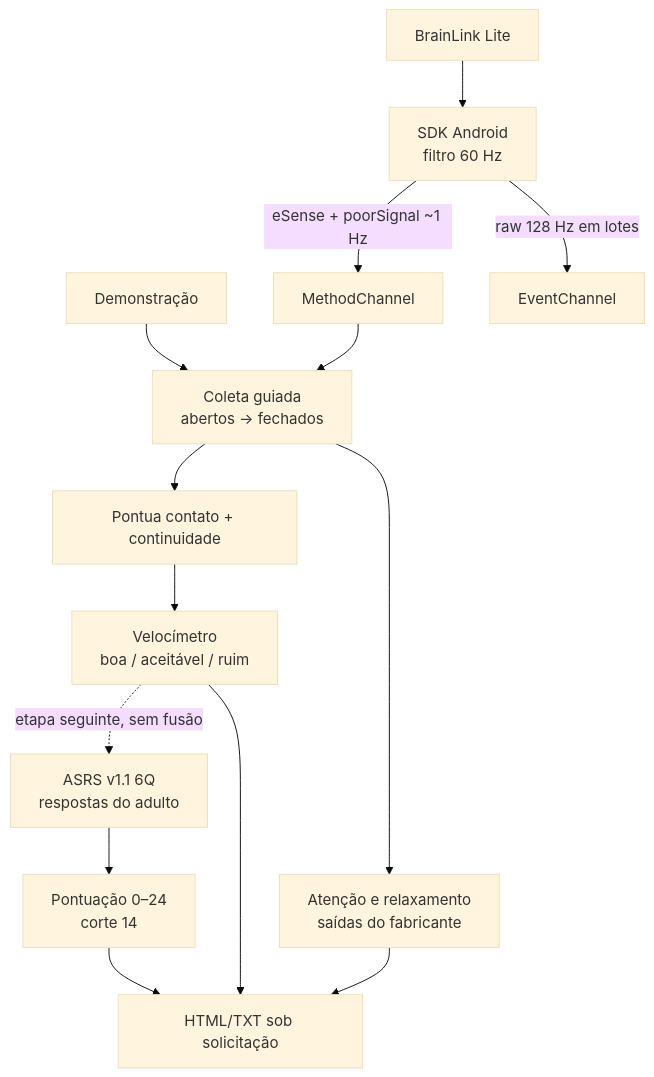
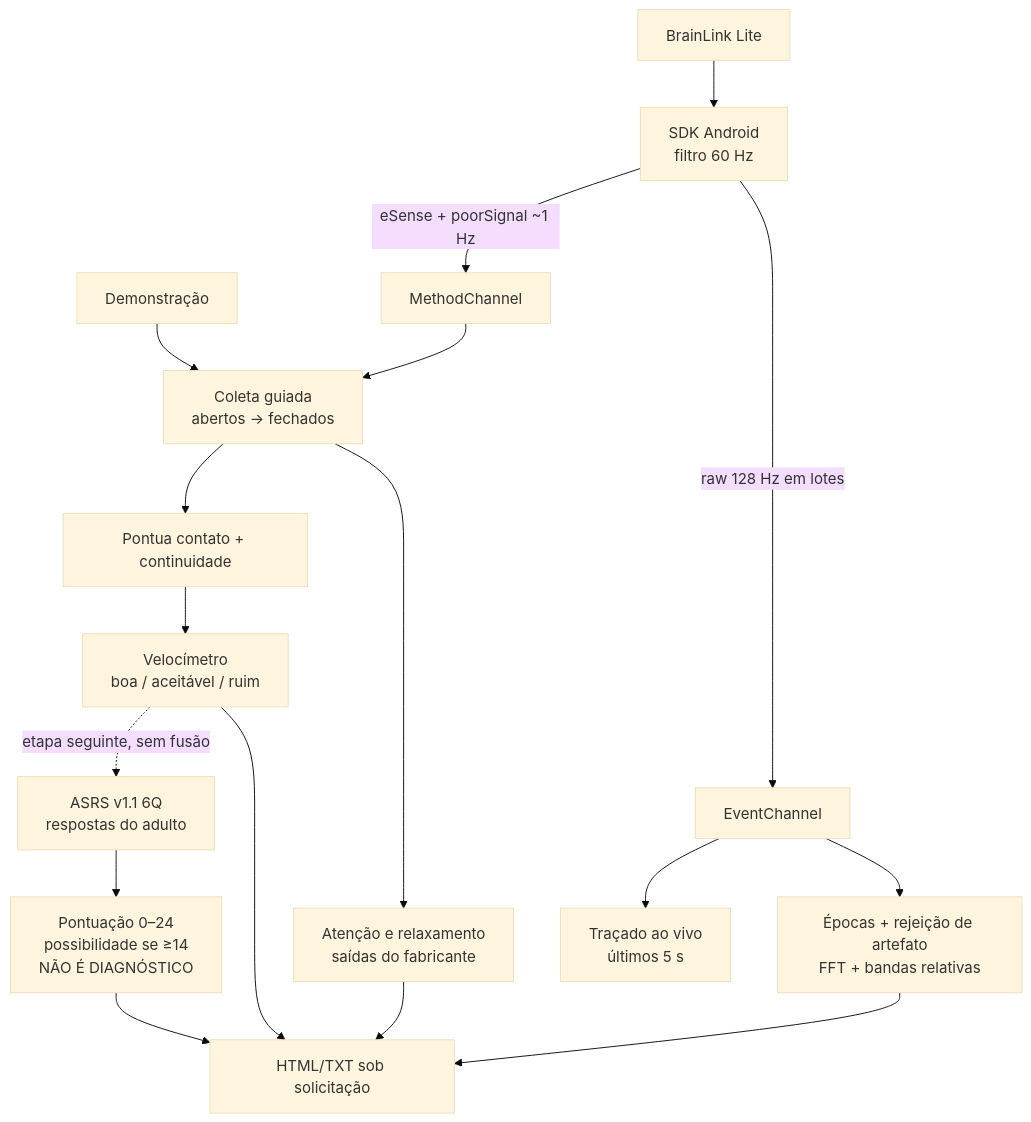
Before and after one commit to gustavoobezerra/App_Brainlink: the diagram in vault/40-projeto/fluxo-de-dados.md, drawn with Mermaid (base theme). The commit also changed other lines of this file and 20 other files, not shown here.

````diff
--- a/vault/40-projeto/fluxo-de-dados.md
+++ b/vault/40-projeto/fluxo-de-dados.md
@@ -10,16 +10,19 @@
 ```mermaid
 flowchart TD
     A["Demonstração"] --> E["Coleta guiada<br/>abertos → fechados"]
     B["BrainLink Lite"] --> C["SDK Android<br/>filtro 60 Hz"]
     C -->|"eSense + poorSignal ~1 Hz"| D["MethodChannel"]
     C -->|"raw 128 Hz em lotes"| R["EventChannel"]
     D --> E
+    R --> W["Traçado ao vivo<br/>últimos 5 s"]
+    R --> X["Épocas + rejeição de artefato<br/>FFT + bandas relativas"]
     E --> F["Pontua contato + continuidade"]
     F --> G["Velocímetro<br/>boa / aceitável / ruim"]
     E --> H["Atenção e relaxamento<br/>saídas do fabricante"]
     G -. "etapa seguinte, sem fusão" .-> Q["ASRS v1.1 6Q<br/>respostas do adulto"]
-    Q --> S["Pontuação 0–24<br/>corte 14"]
+    Q --> S["Pontuação 0–24<br/>possibilidade se ≥14<br/>NÃO É DIAGNÓSTICO"]
     G --> I["HTML/TXT sob solicitação"]
     H --> I
+    X --> I
     S --> I
 ```
````
